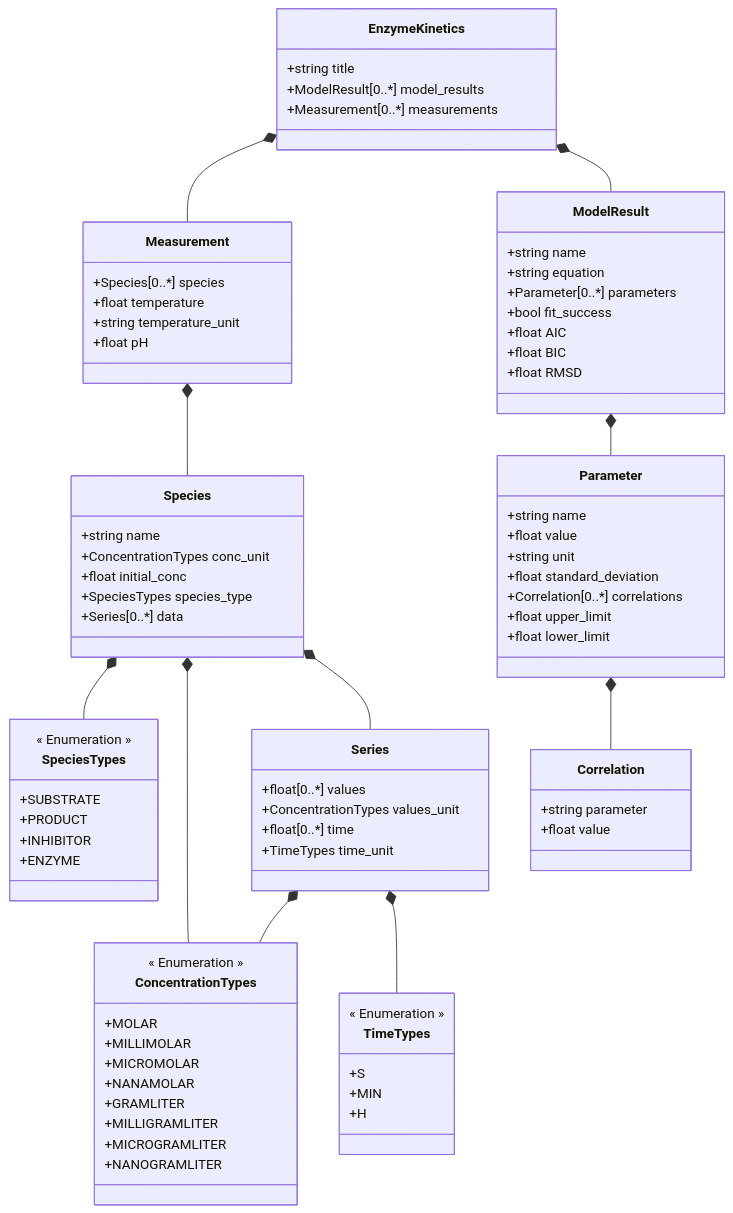
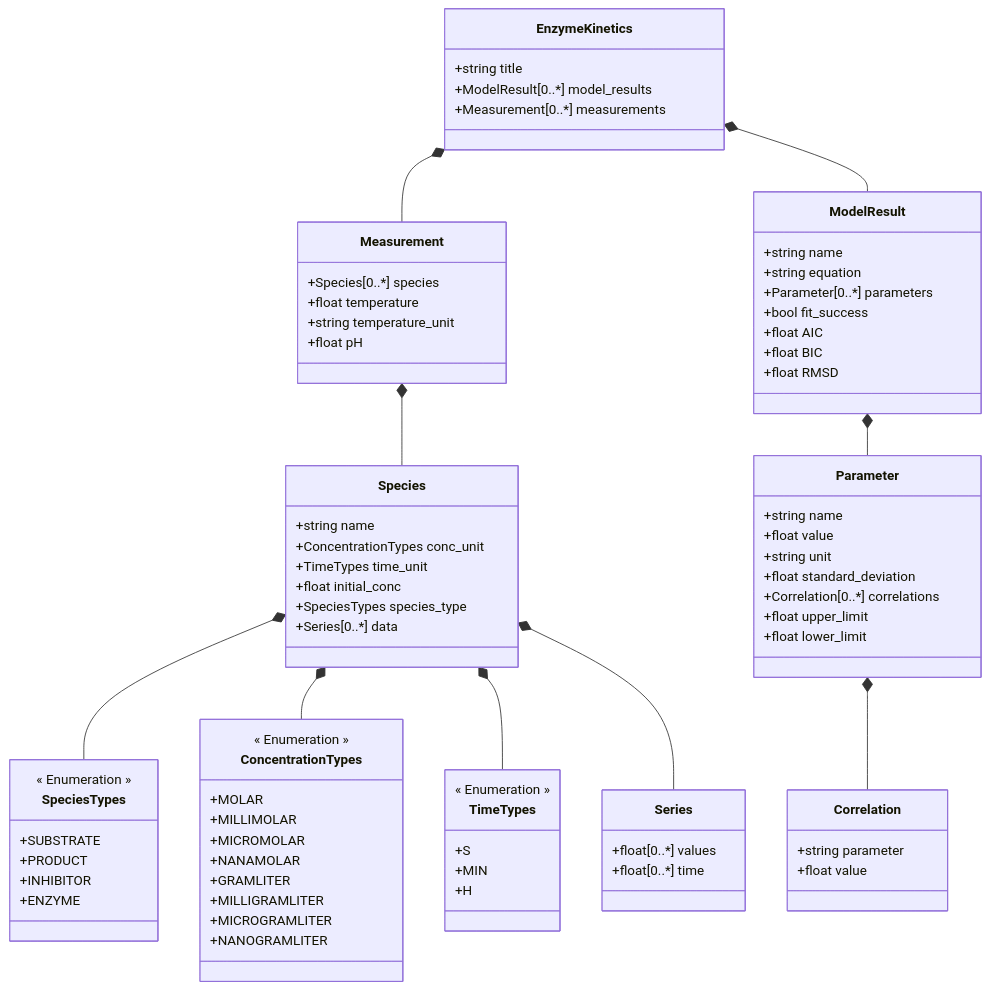
Before and after one commit to FAIRChemistry/EnzymePynetics: the diagram in EnzymePynetics/schemes/enzymepynetics_schema.md, drawn with Mermaid. The commit also changed 8 other files, not shown here.

```diff
--- a/EnzymePynetics/schemes/enzymepynetics_schema.md
+++ b/EnzymePynetics/schemes/enzymepynetics_schema.md
@@ -4,12 +4,11 @@
     EnzymeKinetics *-- ModelResult
     Species *-- SpeciesTypes
     Species *-- ConcentrationTypes
+    Species *-- TimeTypes
     Species *-- Series
     Measurement *-- Species
     ModelResult *-- Parameter
     Parameter *-- Correlation
-    Series *-- ConcentrationTypes
-    Series *-- TimeTypes
     
     class EnzymeKinetics {
         +string title
@@ -20,6 +19,7 @@
     class Species {
         +string name
         +ConcentrationTypes conc_unit
+        +TimeTypes time_unit
         +float initial_conc
         +SpeciesTypes species_type
         +Series[0..*] data
@@ -59,9 +59,7 @@
     
     class Series {
         +float[0..*] values
-        +ConcentrationTypes values_unit
         +float[0..*] time
-        +TimeTypes time_unit
     }
     
     class SpeciesTypes {
```
